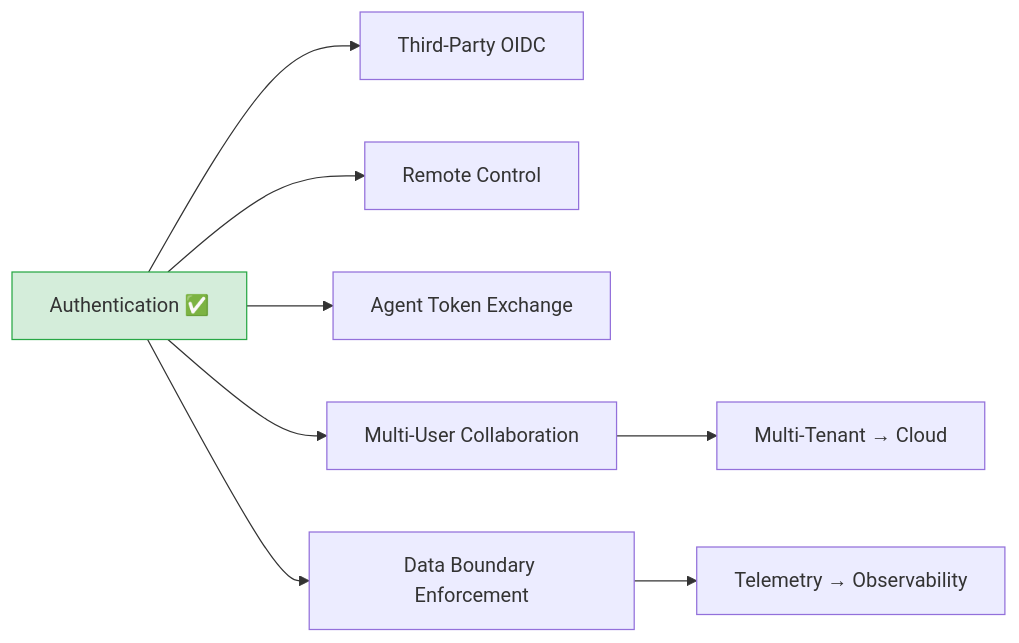
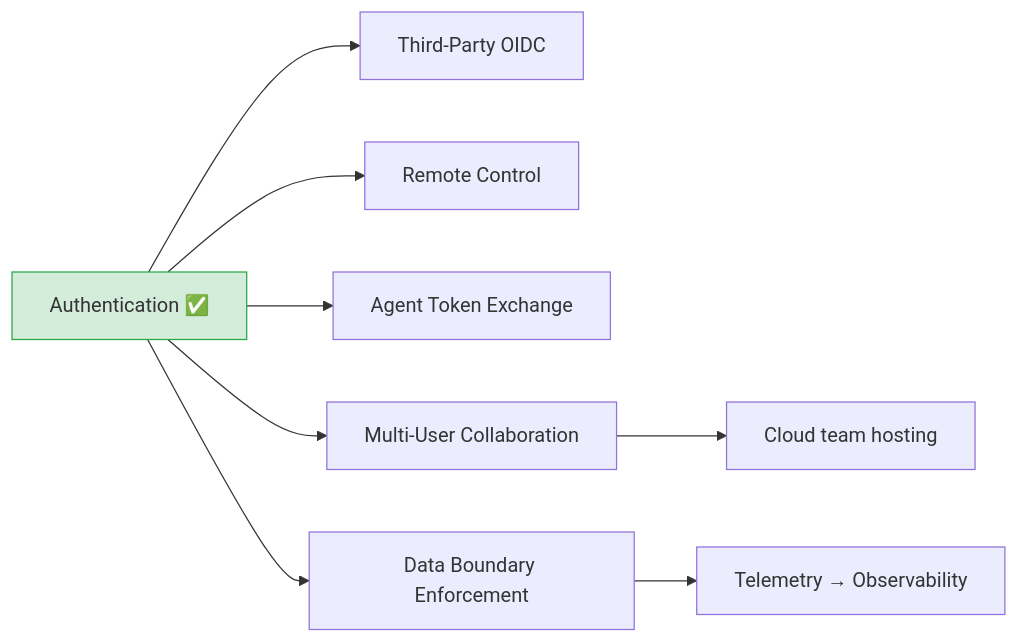
The third of 7 diagrams in specs/README.md (changkun/wallfacer), drawn with Mermaid before and after one commit. The commit also changed other lines of this file and 5 other files, not shown here.

````diff
--- a/specs/README.md
+++ b/specs/README.md
@@ -204,12 +206,12 @@
 ```mermaid
 graph LR
   AUTH[Authentication ✅] --> TPO[Third-Party OIDC]
   AUTH --> RC[Remote Control]
   AUTH --> ATE[Agent Token Exchange]
   AUTH --> MUC[Multi-User Collaboration]
   AUTH --> DBE[Data Boundary Enforcement]
-  MUC --> MT[Multi-Tenant → Cloud]
+  MUC --> CH[Cloud team hosting]
   DBE --> TO[Telemetry → Observability]
 
   style AUTH fill:#d4edda,stroke:#28a745
 ```
````
